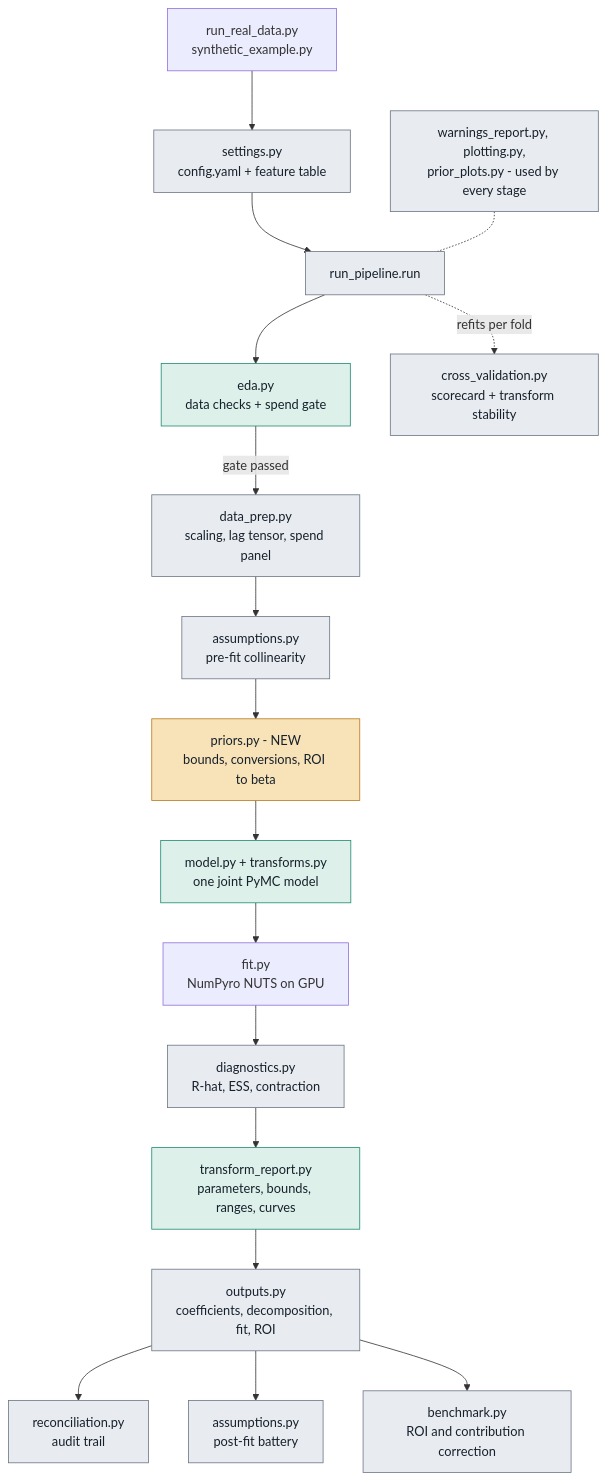
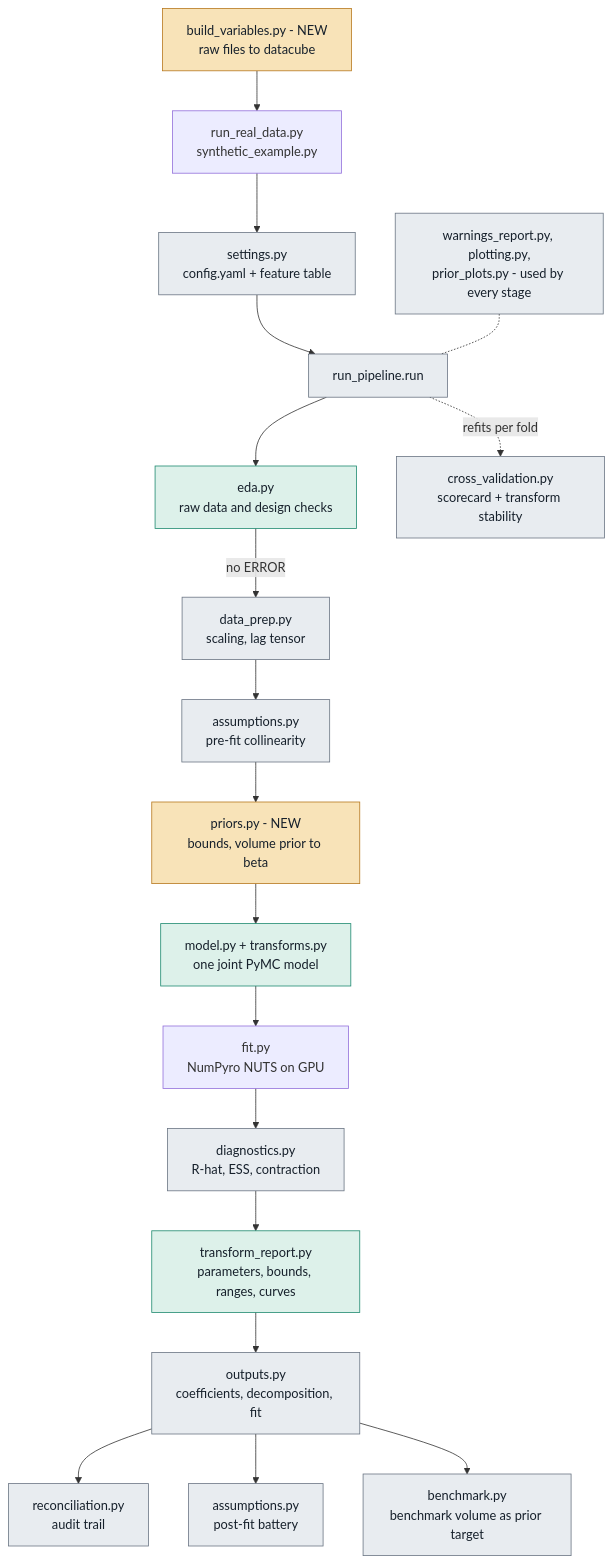
One commit to Ikshvaku24/mmm changed the eighth of 8 diagrams in codebase2_full_mmm/docs/PHASE2_ARCHITECTURE.md. Above: the diagram before and after it, drawn with Mermaid. The commit also changed other lines of this file and 3 other files, not shown here.

````diff
--- a/codebase2_full_mmm/docs/PHASE2_ARCHITECTURE.md
+++ b/codebase2_full_mmm/docs/PHASE2_ARCHITECTURE.md
@@ -1104,25 +1146,26 @@
 ```mermaid
 flowchart TB
-    DRV["run_real_data.py<br/>synthetic_example.py"] --> SET["settings.py<br/>config.yaml + feature table"]
+    BV["build_variables.py - NEW<br/>raw files to datacube"] --> DRV["run_real_data.py<br/>synthetic_example.py"]
+    DRV --> SET["settings.py<br/>config.yaml + feature table"]
     SET --> RUN["run_pipeline.run"]
-    RUN --> EDA["eda.py<br/>data checks + spend gate"]
-    EDA -->|gate passed| PREP["data_prep.py<br/>scaling, lag tensor, spend panel"]
+    RUN --> EDA["eda.py<br/>raw data and design checks"]
+    EDA -->|no ERROR| PREP["data_prep.py<br/>scaling, lag tensor"]
     PREP --> PRE["assumptions.py<br/>pre-fit collinearity"]
-    PRE --> PRI["priors.py - NEW<br/>bounds, conversions, ROI to beta"]
+    PRE --> PRI["priors.py - NEW<br/>bounds, volume prior to beta"]
     PRI --> MOD["model.py + transforms.py<br/>one joint PyMC model"]
     MOD --> FIT["fit.py<br/>NumPyro NUTS on GPU"]
     FIT --> DIA["diagnostics.py<br/>R-hat, ESS, contraction"]
     DIA --> TRR["transform_report.py<br/>parameters, bounds, ranges, curves"]
-    TRR --> OUT["outputs.py<br/>coefficients, decomposition, fit, ROI"]
+    TRR --> OUT["outputs.py<br/>coefficients, decomposition, fit"]
     OUT --> REC["reconciliation.py<br/>audit trail"]
     OUT --> POST["assumptions.py<br/>post-fit battery"]
-    OUT --> BEN["benchmark.py<br/>ROI and contribution correction"]
+    OUT --> BEN["benchmark.py<br/>benchmark volume as prior target"]
     RUN -.->|refits per fold| CV["cross_validation.py<br/>scorecard + transform stability"]
     WARN["warnings_report.py, plotting.py,<br/>prior_plots.py - used by every stage"] -.- RUN
     classDef new fill:#F8E3B8,stroke:#B7791F,color:#16202B
     classDef keep fill:#DDF1EA,stroke:#1F8A70,color:#16202B
     classDef port fill:#E8ECF0,stroke:#6B7684,color:#16202B
-    class PRI new
+    class PRI,BV new
     class EDA,MOD,TRR keep
     class SET,PRE,DIA,REC,POST,BEN,WARN,PREP,OUT,CV,RUN port
 ```
````
